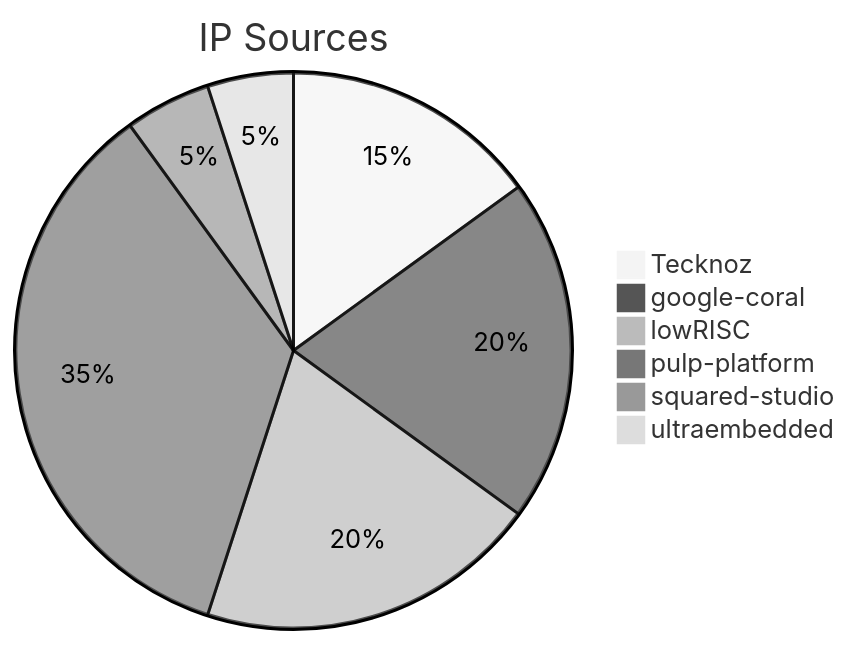
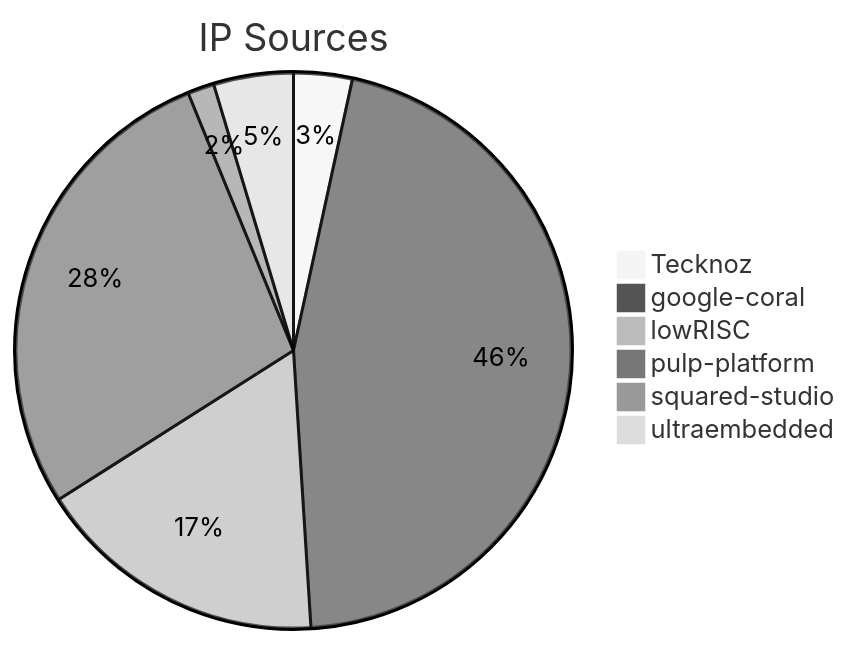
The diagram in README.md (TecknozBD/Hyper-Titan), drawn with Mermaid (neutral theme) before and after one commit. The commit also changed 2 other files, not shown here.

Commit message:
Update README and documentation to reflect accurate IP source counts and automate count generation

````diff
--- a/README.md
+++ b/README.md
@@ -116,9 +116,9 @@
 ```mermaid
 pie title IP Sources
-  "Tecknoz" : 15
-  "google-coral" : 20
-  "lowRISC" : 20
-  "pulp-platform" : 35
-  "squared-studio": 5
-  "ultraembedded": 5
+  "Tecknoz" : 4409
+  "google-coral" : 59000
+  "lowRISC" : 22000
+  "pulp-platform" : 36000
+  "squared-studio": 2000
+  "ultraembedded": 6000
 ```
````
